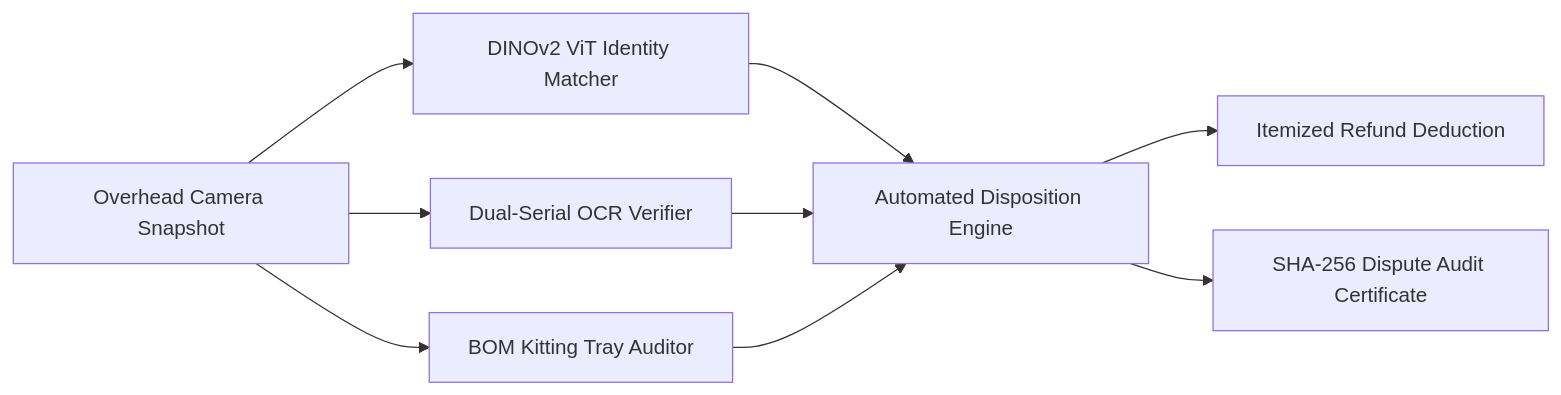
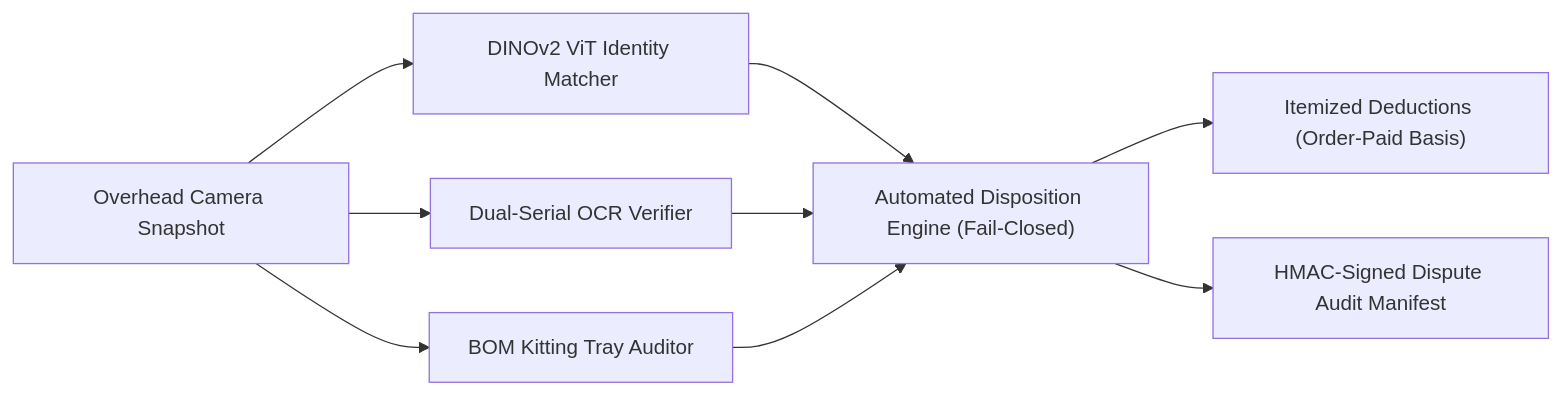
One commit to addy9051/ReturnsSheildAI changed the diagram in README.md. Above: the diagram before and after it, drawn with Mermaid. The commit also changed other lines of this file and 27 other files, not shown here.

````diff
--- a/README.md
+++ b/README.md
@@ -22,9 +22,9 @@
 ```mermaid
 flowchart LR
     A["Overhead Camera Snapshot"] --> B["DINOv2 ViT Identity Matcher"]
     A --> C["Dual-Serial OCR Verifier"]
     A --> D["BOM Kitting Tray Auditor"]
-    B & C & D --> E["Automated Disposition Engine"]
-    E --> F["Itemized Refund Deduction"]
-    E --> G["SHA-256 Dispute Audit Certificate"]
+    B & C & D --> E["Automated Disposition Engine (Fail-Closed)"]
+    E --> F["Itemized Deductions (Order-Paid Basis)"]
+    E --> G["HMAC-Signed Dispute Audit Manifest"]
 ```
````
